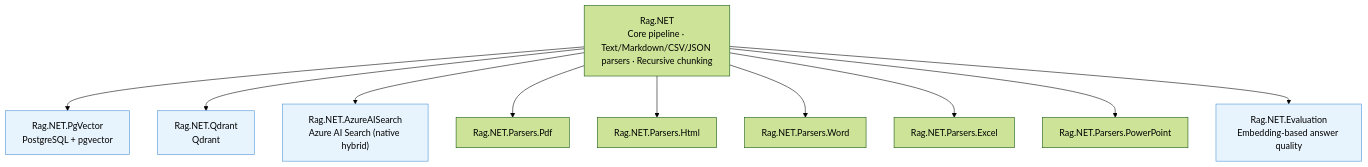
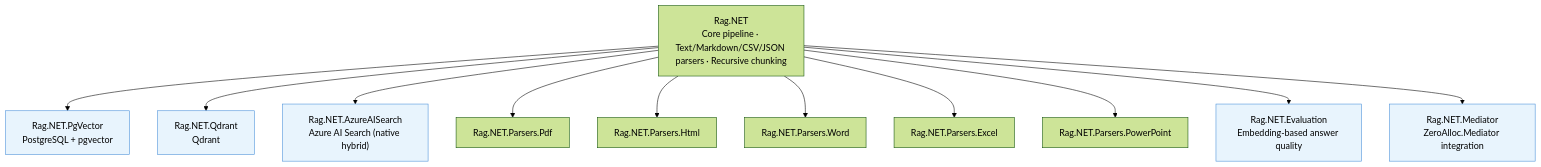
One commit to MarcelRoozekrans/Rag.NET changed the diagram in docs/index.md. Above: the diagram before and after it, drawn with Mermaid (forest theme). The commit also changed other lines of this file and 6 other files, not shown here.

First line of the commit message:
docs: update docs for ZeroAlloc integration; refactor mediator DI to UseMediator()

````diff
--- a/docs/index.md
+++ b/docs/index.md
@@ -38,21 +39,23 @@
 ```mermaid
 flowchart TD
     CORE["Rag.NET<br>Core pipeline · Text/Markdown/CSV/JSON parsers · Recursive chunking"]
 
     CORE --> PG["Rag.NET.PgVector<br>PostgreSQL + pgvector"]
     CORE --> QD["Rag.NET.Qdrant<br>Qdrant"]
     CORE --> AZ["Rag.NET.AzureAISearch<br>Azure AI Search (native hybrid)"]
 
     CORE --> PDF["Rag.NET.Parsers.Pdf"]
     CORE --> HTML["Rag.NET.Parsers.Html"]
     CORE --> WORD["Rag.NET.Parsers.Word"]
     CORE --> XL["Rag.NET.Parsers.Excel"]
     CORE --> PPT["Rag.NET.Parsers.PowerPoint"]
 
     CORE --> EVAL["Rag.NET.Evaluation<br>Embedding-based answer quality"]
+    CORE --> MED["Rag.NET.Mediator<br>ZeroAlloc.Mediator integration"]
 
     style PG fill:#e8f4fd,stroke:#4a90d9
     style QD fill:#e8f4fd,stroke:#4a90d9
     style AZ fill:#e8f4fd,stroke:#4a90d9
     style EVAL fill:#e8f4fd,stroke:#4a90d9
+    style MED fill:#e8f4fd,stroke:#4a90d9
 ```
````
